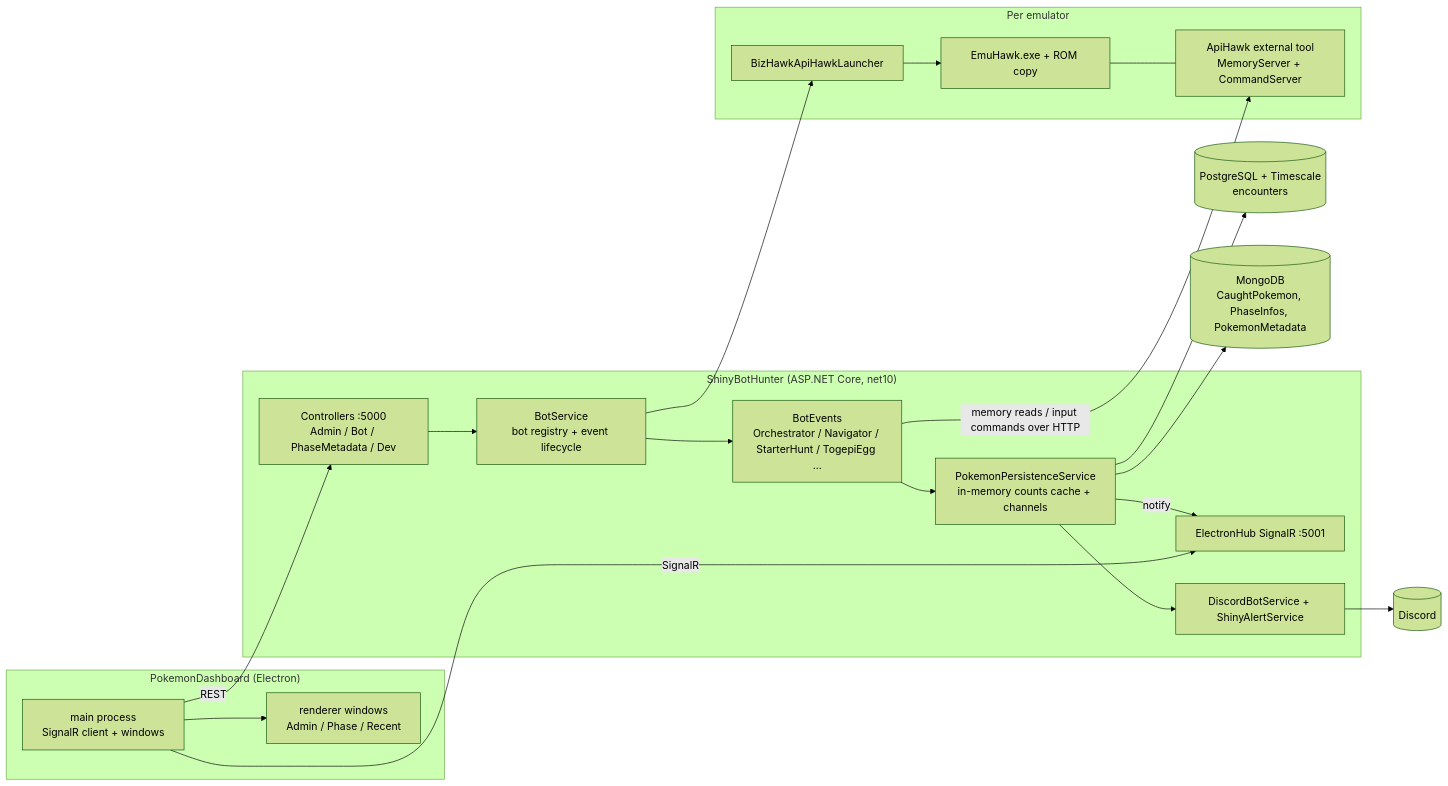
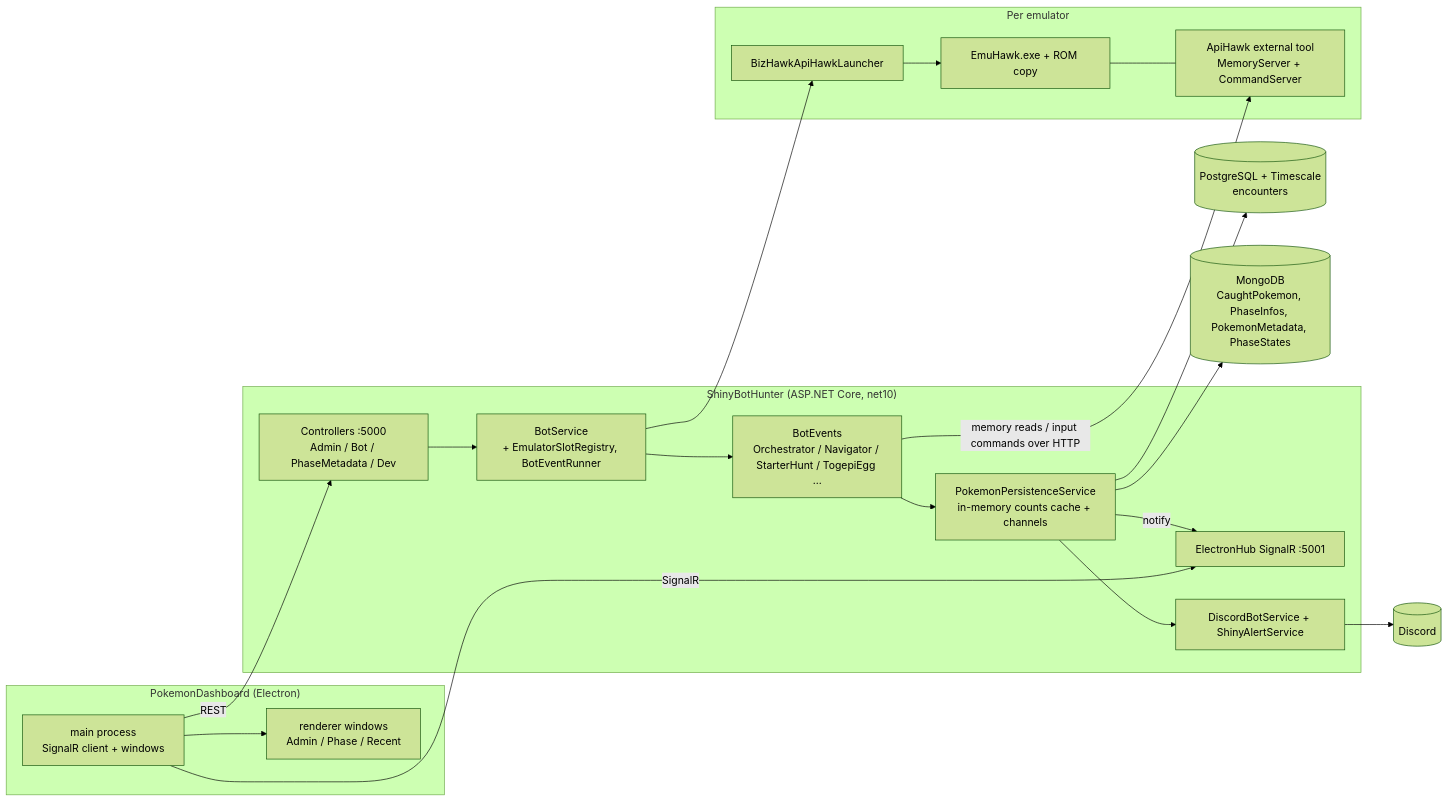
The first of 2 diagrams in docs/architecture/system-overview.md (ppicinic/ShinyBotHunter), drawn with Mermaid (forest theme) before and after one commit. The commit also changed other lines of this file and 2 other files, not shown here.

````diff
--- a/docs/architecture/system-overview.md
+++ b/docs/architecture/system-overview.md
@@ -20,35 +20,35 @@
 ```mermaid
 flowchart LR
   subgraph Dashboard["PokemonDashboard (Electron)"]
     Main[main process<br/>SignalR client + windows] --> Renderer[renderer windows<br/>Admin / Phase / Recent]
   end
 
   subgraph Backend["ShinyBotHunter (ASP.NET Core, net10)"]
     API[Controllers :5000<br/>Admin / Bot / PhaseMetadata / Dev]
     Hub[ElectronHub SignalR :5001]
-    BotSvc[BotService<br/>bot registry + event lifecycle]
+    BotSvc[BotService<br/>+ EmulatorSlotRegistry, BotEventRunner]
     Events[BotEvents<br/>Orchestrator / Navigator / StarterHunt / TogepiEgg ...]
     Persist[PokemonPersistenceService<br/>in-memory counts cache + channels]
     Discord[DiscordBotService + ShinyAlertService]
   end
 
   subgraph Emu["Per emulator"]
     Launcher[BizHawkApiHawkLauncher] --> EmuHawk[EmuHawk.exe + ROM copy]
     EmuHawk --- ApiHawk[ApiHawk external tool<br/>MemoryServer + CommandServer]
   end
 
   PG[(PostgreSQL + Timescale<br/>encounters)]
-  Mongo[(MongoDB<br/>CaughtPokemon, PhaseInfos, PokemonMetadata)]
+  Mongo[(MongoDB<br/>CaughtPokemon, PhaseInfos, PokemonMetadata, PhaseStates)]
   DiscordAPI[(Discord)]
 
   Main -- REST --> API
   Main -- SignalR --> Hub
   API --> BotSvc --> Events
   Events -- memory reads / input commands over HTTP --> ApiHawk
   BotSvc --> Launcher
   Events --> Persist
   Persist --> PG
   Persist --> Mongo
   Persist -- notify --> Hub
   Persist --> Discord --> DiscordAPI
 ```
````
